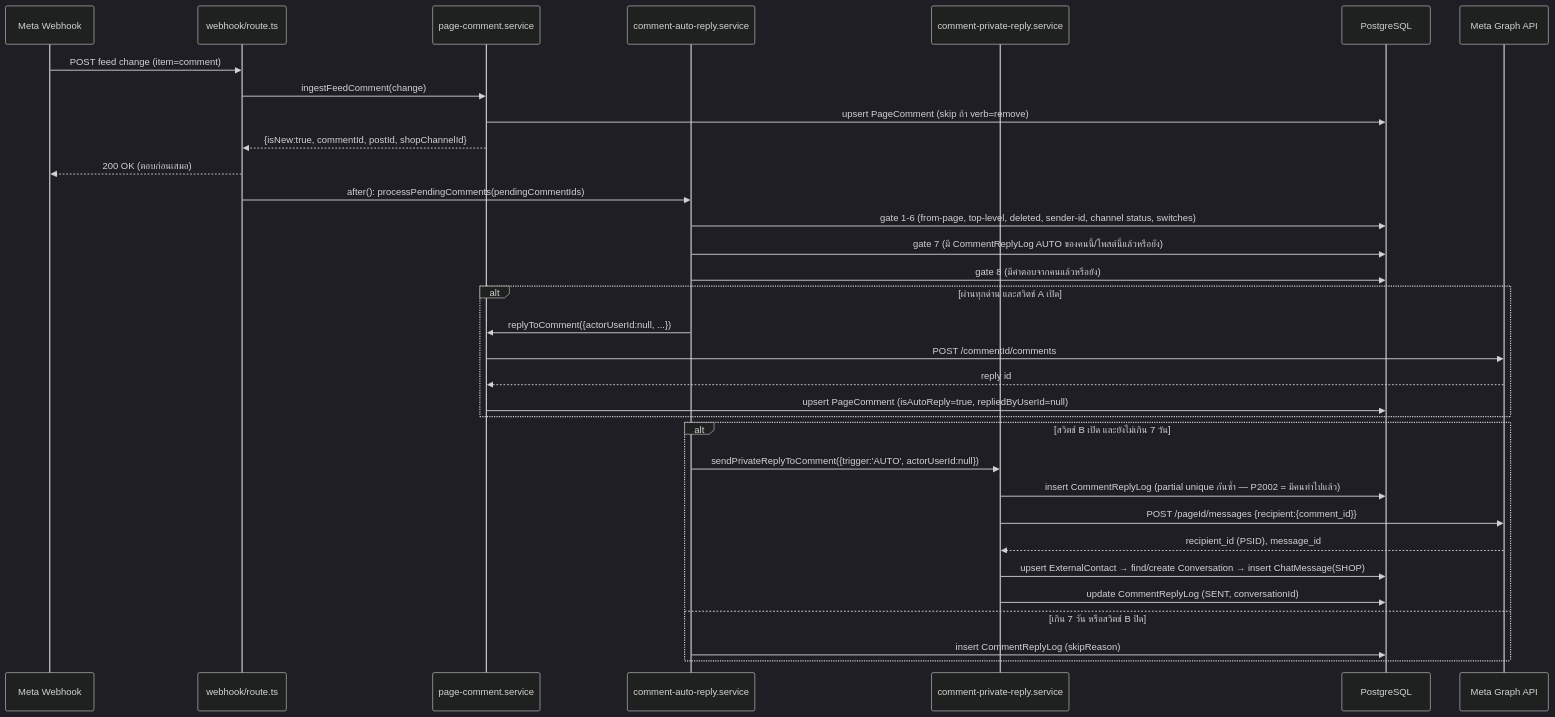
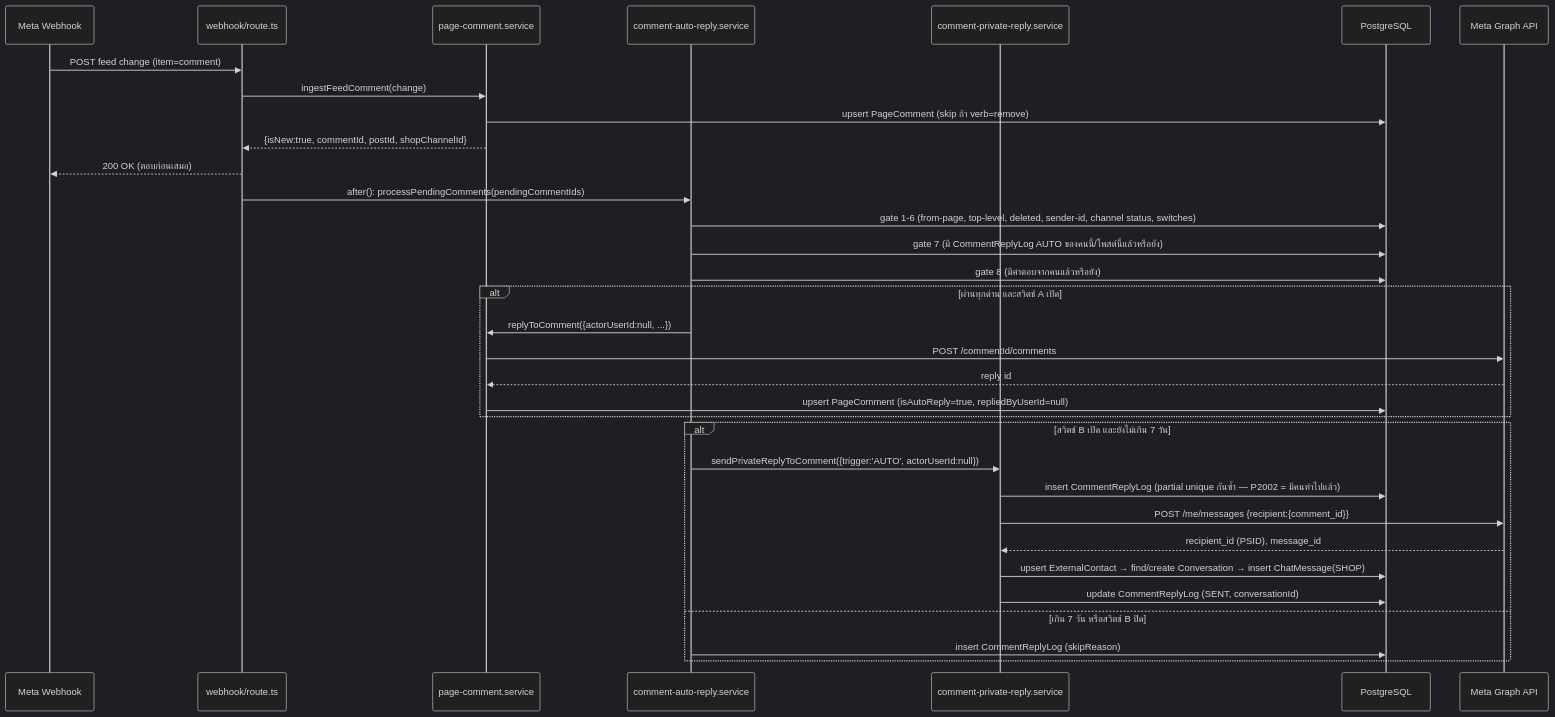
One commit to CodeCooLTH/deep-web changed the second of 2 diagrams in docs/20 - Features/00038 - Comment Auto-Reply/SDS.md. Above: the diagram before and after it, drawn with Mermaid (dark theme). The commit also changed other lines of this file and 4 other files, not shown here.

````diff
--- a/docs/20 - Features/00038 - Comment Auto-Reply/SDS.md
+++ b/docs/20 - Features/00038 - Comment Auto-Reply/SDS.md
@@ -111,36 +111,36 @@
 ```mermaid
 sequenceDiagram
     participant Meta as Meta Webhook
     participant WH as webhook/route.ts
     participant PS as page-comment.service
     participant AS as comment-auto-reply.service
     participant PRS as comment-private-reply.service
     participant DB as PostgreSQL
     participant G as Meta Graph API
 
     Meta->>WH: POST feed change (item=comment)
     WH->>PS: ingestFeedComment(change)
     PS->>DB: upsert PageComment (skip ถ้า verb=remove)
     PS-->>WH: {isNew:true, commentId, postId, shopChannelId}
     WH-->>Meta: 200 OK (ตอบก่อนเสมอ)
     WH->>AS: after(): processPendingComments(pendingCommentIds)
     AS->>DB: gate 1-6 (from-page, top-level, deleted, sender-id, channel status, switches)
     AS->>DB: gate 7 (มี CommentReplyLog AUTO ของคนนี้/โพสต์นี้แล้วหรือยัง)
     AS->>DB: gate 8 (มีคำตอบจากคนแล้วหรือยัง)
     alt ผ่านทุกด่าน และสวิตช์ A เปิด
         AS->>PS: replyToComment({actorUserId:null, ...})
         PS->>G: POST /commentId/comments
         G-->>PS: reply id
         PS->>DB: upsert PageComment (isAutoReply=true, repliedByUserId=null)
     end
     alt สวิตช์ B เปิด และยังไม่เกิน 7 วัน
         AS->>PRS: sendPrivateReplyToComment({trigger:'AUTO', actorUserId:null})
         PRS->>DB: insert CommentReplyLog (partial unique กันซ้ำ — P2002 = มีคนทำไปแล้ว)
-        PRS->>G: POST /pageId/messages {recipient:{comment_id}}
+        PRS->>G: POST /me/messages {recipient:{comment_id}}
         G-->>PRS: recipient_id (PSID), message_id
         PRS->>DB: upsert ExternalContact → find/create Conversation → insert ChatMessage(SHOP)
         PRS->>DB: update CommentReplyLog (SENT, conversationId)
     else เกิน 7 วัน หรือสวิตช์ B ปิด
         AS->>DB: insert CommentReplyLog (skipReason)
     end
 ```
````
